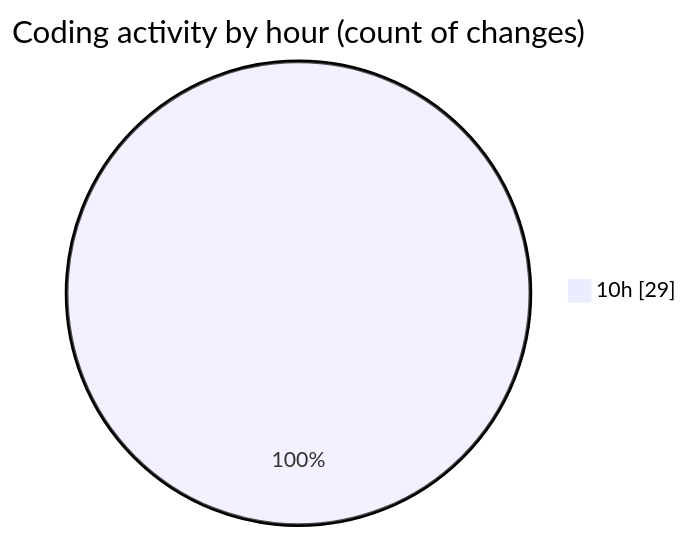
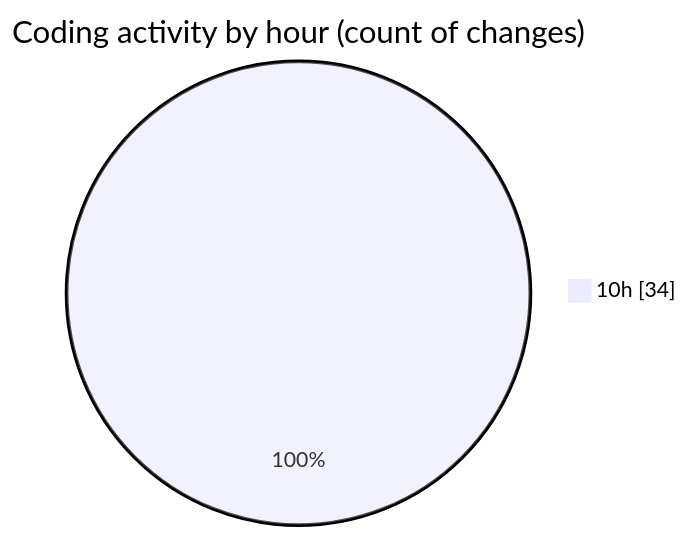
One commit to momahboobian/code-tracking changed the second of 2 diagrams in 2025-08-28/cda/README.md. Above: the diagram before and after it, drawn with Mermaid. The commit also changed other lines of this file and 1 other file, not shown here.

````diff
--- a/2025-08-28/cda/README.md
+++ b/2025-08-28/cda/README.md
@@ -30,5 +30,5 @@
 ```mermaid
 pie showData
 title Coding activity by hour (count of changes)
-"10h" : 29
+"10h" : 34
 ```
````
